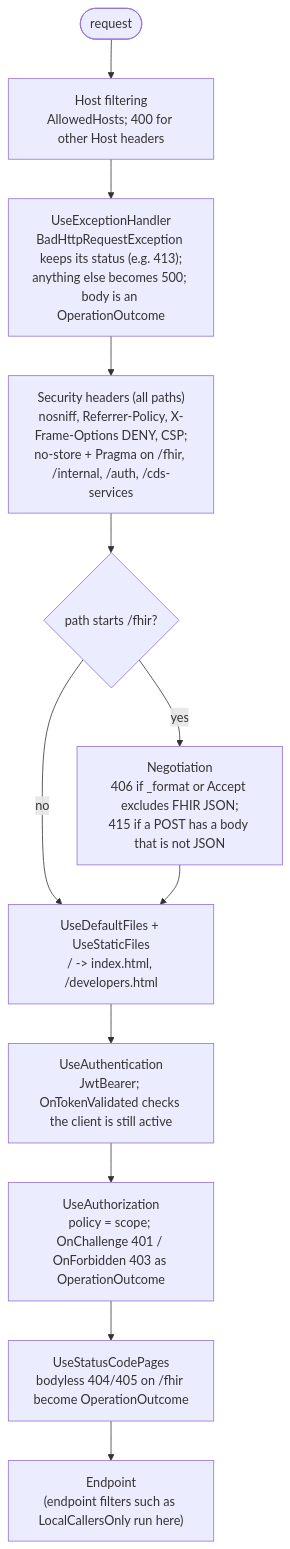
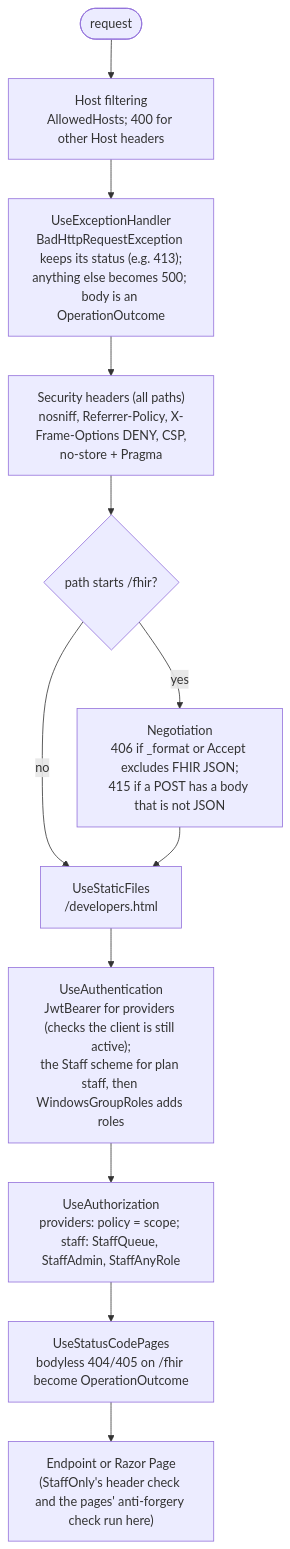
The third of 10 diagrams in docs/08-codebase-guide.md (tngo0508/prior-auth-api), drawn with Mermaid before and after one commit. The commit also changed other lines of this file and 56 other files, not shown here.

````diff
--- a/docs/08-codebase-guide.md
+++ b/docs/08-codebase-guide.md
@@ -166,14 +184,14 @@
 ```mermaid
 flowchart TD
     IN([request]) --> HF["Host filtering<br/>AllowedHosts; 400 for other Host headers"]
     HF --> EX["UseExceptionHandler<br/>BadHttpRequestException keeps its status (e.g. 413);<br/>anything else becomes 500; body is an OperationOutcome"]
-    EX --> SEC["Security headers (all paths)<br/>nosniff, Referrer-Policy, X-Frame-Options DENY, CSP;<br/>no-store + Pragma on /fhir, /internal, /auth, /cds-services"]
+    EX --> SEC["Security headers (all paths)<br/>nosniff, Referrer-Policy, X-Frame-Options DENY, CSP,<br/>no-store + Pragma"]
     SEC --> NEG{"path starts /fhir?"}
     NEG -- yes --> FMT["Negotiation<br/>406 if _format or Accept excludes FHIR JSON;<br/>415 if a POST has a body that is not JSON"]
     NEG -- no --> STATIC
-    FMT --> STATIC["UseDefaultFiles + UseStaticFiles<br/>/ -> index.html, /developers.html"]
-    STATIC --> AUTHN["UseAuthentication<br/>JwtBearer; OnTokenValidated checks the client is still active"]
-    AUTHN --> AUTHZ["UseAuthorization<br/>policy = scope; OnChallenge 401 / OnForbidden 403 as OperationOutcome"]
+    FMT --> STATIC["UseStaticFiles<br/>/developers.html"]
+    STATIC --> AUTHN["UseAuthentication<br/>JwtBearer for providers (checks the client is still active);<br/>the Staff scheme for plan staff, then WindowsGroupRoles adds roles"]
+    AUTHN --> AUTHZ["UseAuthorization<br/>providers: policy = scope; staff: StaffQueue, StaffAdmin, StaffAnyRole"]
     AUTHZ --> SCP["UseStatusCodePages<br/>bodyless 404/405 on /fhir become OperationOutcome"]
-    SCP --> EP["Endpoint<br/>(endpoint filters such as LocalCallersOnly run here)"]
+    SCP --> EP["Endpoint or Razor Page<br/>(StaffOnly's header check and the pages' anti-forgery check run here)"]
 ```
````
